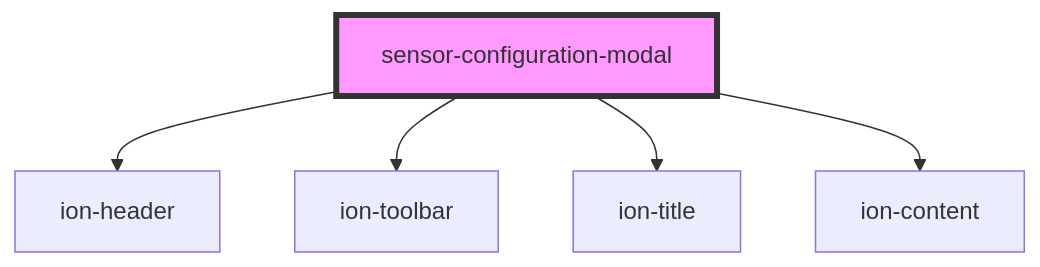
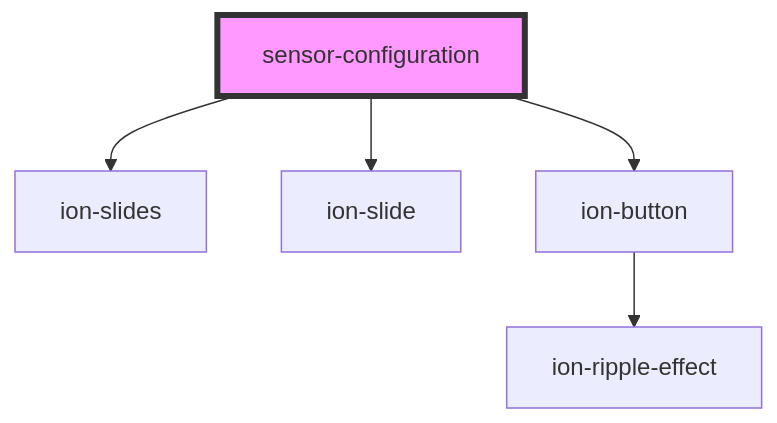
Before and after one commit to hnu-digihealth/sensorframework: the diagram in src/components/sensor-configuration/readme.md, drawn with Mermaid. The commit also changed other lines of this file and 33 other files, not shown here.

````diff
--- a/src/components/sensor-configuration/readme.md
+++ b/src/components/sensor-configuration/readme.md
@@ -18,8 +30,8 @@
 ```mermaid
 graph TD;
-  sensor-configuration-modal --> ion-header
-  sensor-configuration-modal --> ion-toolbar
-  sensor-configuration-modal --> ion-title
-  sensor-configuration-modal --> ion-content
-  style sensor-configuration-modal fill:#f9f,stroke:#333,stroke-width:4px
+  sensor-configuration --> ion-slides
+  sensor-configuration --> ion-slide
+  sensor-configuration --> ion-button
+  ion-button --> ion-ripple-effect
+  style sensor-configuration fill:#f9f,stroke:#333,stroke-width:4px
 ```
````
